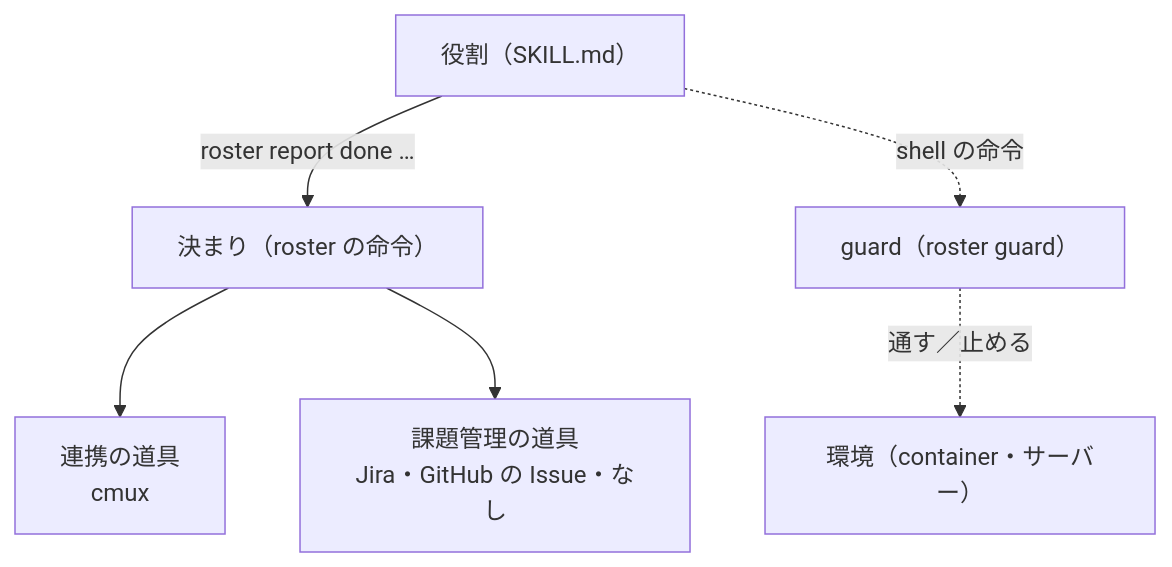
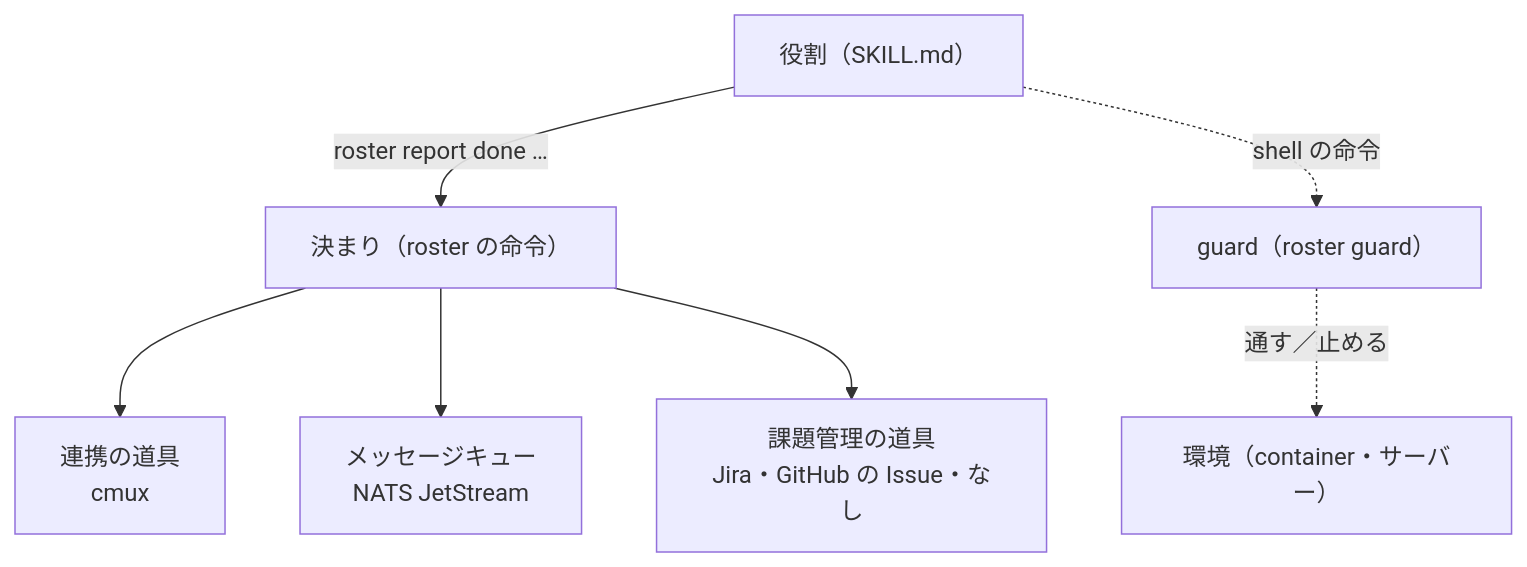
One commit to uraitakahito/roster changed the first of 3 diagrams in docs-site/src/content/docs/protocol.md. Above: the diagram before and after it, drawn with Mermaid. The commit also changed other lines of this file and 8 other files, not shown here.

````diff
--- a/docs-site/src/content/docs/protocol.md
+++ b/docs-site/src/content/docs/protocol.md
@@ -26,8 +27,9 @@
 ```mermaid
 flowchart TB
   R["役割（SKILL.md）"] -->|"roster report done …"| P["決まり（roster の命令）"]
   P --> T["連携の道具<br/>cmux"]
+  P --> M["メッセージキュー<br/>NATS JetStream"]
   P --> K["課題管理の道具<br/>Jira・GitHub の Issue・なし"]
   R -.->|"shell の命令"| G["guard（roster guard）"]
   G -.->|"通す／止める"| E["環境（container・サーバー）"]
 ```
````
